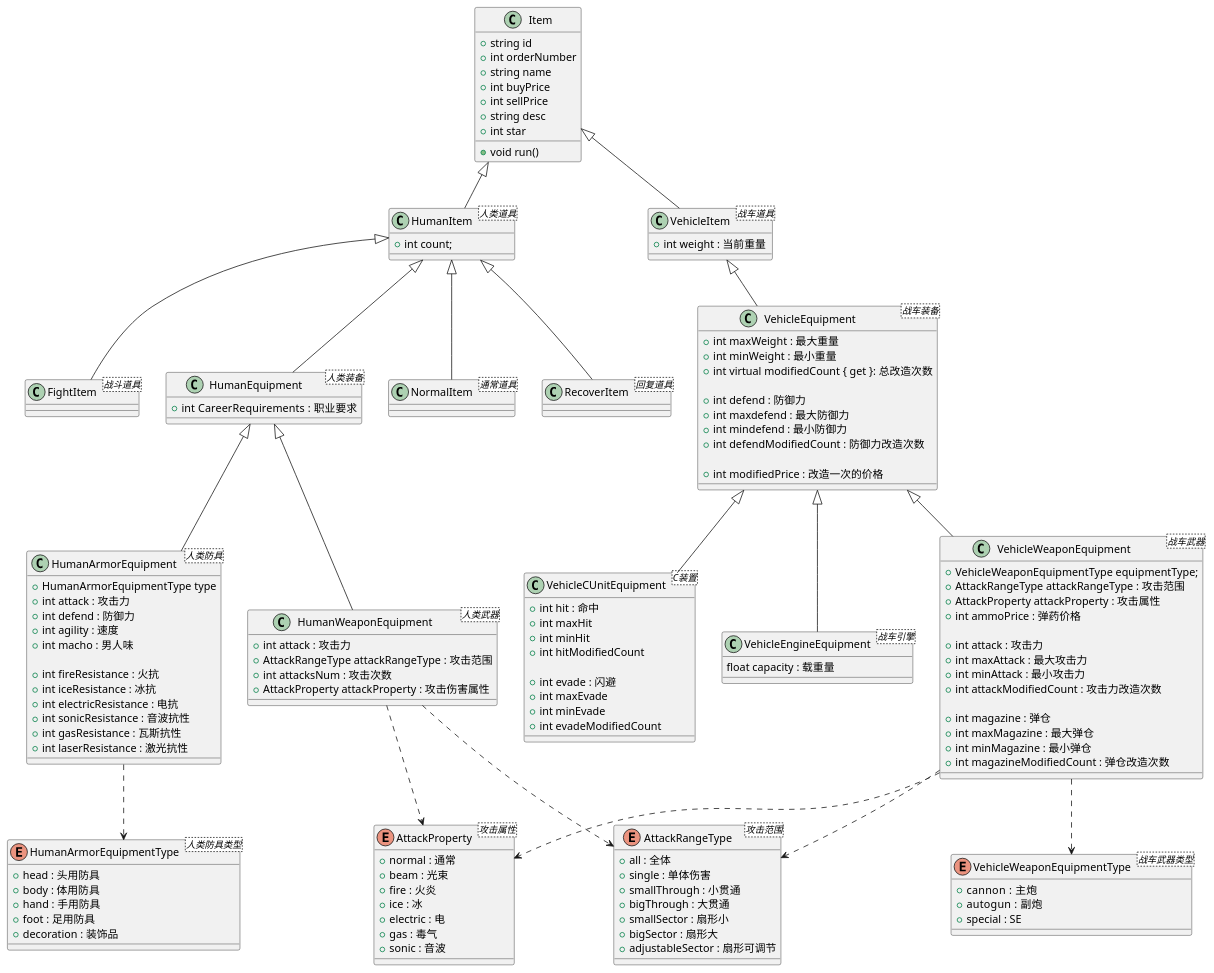
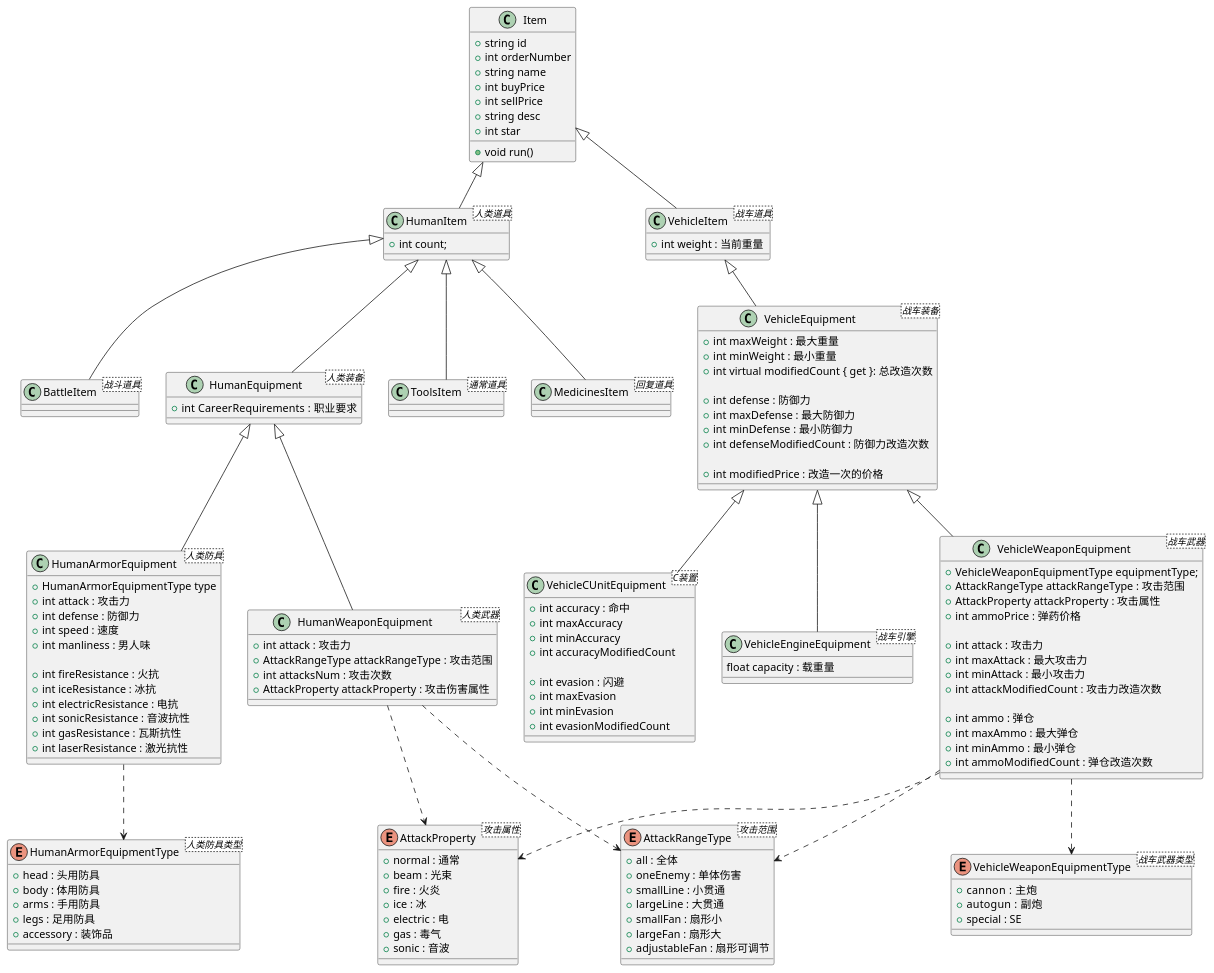
One commit to Finb/MMX changed the diagram in Docs/ClassDiagram/Item.pu. Above: the diagram before and after it, drawn with PlantUML. The commit also changed 18 other files, not shown here.

```diff
--- a/Docs/ClassDiagram/Item.pu
+++ b/Docs/ClassDiagram/Item.pu
@@ -1,171 +1,171 @@
 @startuml Item 
 Item <|-- HumanItem
-HumanItem <|-- NormalItem
-HumanItem <|-- RecoverItem
-HumanItem <|-- FightItem
+HumanItem <|-- ToolsItem
+HumanItem <|-- MedicinesItem
+HumanItem <|-- BattleItem
 HumanItem <|-- HumanEquipment
 HumanEquipment <|-- HumanWeaponEquipment
 HumanWeaponEquipment ..>  AttackProperty
 HumanWeaponEquipment ..>  AttackRangeType
 HumanEquipment <|-- HumanArmorEquipment
 HumanArmorEquipment ..> HumanArmorEquipmentType
 
 Item <|-- VehicleItem
 VehicleItem <|-- VehicleEquipment
 VehicleEquipment <|-- VehicleWeaponEquipment
 VehicleWeaponEquipment ..>  AttackProperty
 VehicleWeaponEquipment ..>  AttackRangeType
 VehicleWeaponEquipment ..> VehicleWeaponEquipmentType
 VehicleEquipment <|-- VehicleCUnitEquipment
 VehicleEquipment <|-- VehicleEngineEquipment
 
 
 class Item 
 {
    + string id
    + int orderNumber
    + string name
    + int buyPrice
    + int sellPrice
    + string desc
    + int star
    + void run()
 }
 
 class HumanItem  <人类道具>
 {
     + int count;
 }
-class NormalItem <通常道具>
+class ToolsItem <通常道具>
 {
     
 }
-class RecoverItem <回复道具>
+class MedicinesItem <回复道具>
 {
 
 }
-class FightItem <战斗道具>
+class BattleItem <战斗道具>
 {
 
 }
 class HumanEquipment <人类装备>
 {
     + int CareerRequirements :  职业要求
 }
 class HumanWeaponEquipment <人类武器>
 {
 
     + int attack : 攻击力
     + AttackRangeType attackRangeType : 攻击范围
     + int attacksNum : 攻击次数
     + AttackProperty attackProperty : 攻击伤害属性
 }
 
 class HumanArmorEquipment <人类防具>
 {
     + HumanArmorEquipmentType type
     + int attack : 攻击力
-    + int defend : 防御力
-    + int agility : 速度
-    + int macho : 男人味
+    + int defense : 防御力
+    + int speed : 速度
+    + int manliness : 男人味
 
     + int fireResistance : 火抗
     + int iceResistance : 冰抗
     + int electricResistance : 电抗
     + int sonicResistance : 音波抗性
     + int gasResistance : 瓦斯抗性
     + int laserResistance : 激光抗性
 }
 
 class VehicleItem <战车道具>
 {
     + int weight : 当前重量
 }
 
 class VehicleEquipment <战车装备>
 {
     + int maxWeight : 最大重量
     + int minWeight : 最小重量
     + int virtual modifiedCount { get }: 总改造次数 
 
-    + int defend : 防御力
-    + int maxdefend : 最大防御力
-    + int mindefend : 最小防御力
-    + int defendModifiedCount : 防御力改造次数
+    + int defense : 防御力
+    + int maxDefense : 最大防御力
+    + int minDefense : 最小防御力
+    + int defenseModifiedCount : 防御力改造次数
 
     + int modifiedPrice : 改造一次的价格
 }
 
 class VehicleWeaponEquipment <战车武器>
 {
     + VehicleWeaponEquipmentType equipmentType;
     + AttackRangeType attackRangeType : 攻击范围
     + AttackProperty attackProperty : 攻击属性
     + int ammoPrice : 弹药价格
 
     + int attack : 攻击力
     + int maxAttack : 最大攻击力
     + int minAttack : 最小攻击力
     + int attackModifiedCount : 攻击力改造次数
 
-    + int magazine : 弹仓
-    + int maxMagazine : 最大弹仓
-    + int minMagazine : 最小弹仓
-    + int magazineModifiedCount : 弹仓改造次数
+    + int ammo : 弹仓
+    + int maxAmmo : 最大弹仓
+    + int minAmmo : 最小弹仓
+    + int ammoModifiedCount : 弹仓改造次数
 }
 
 class VehicleCUnitEquipment <C装置>
 {
     
-    + int hit : 命中
-    + int maxHit
-    + int minHit
-    + int hitModifiedCount
+    + int accuracy : 命中
+    + int maxAccuracy
+    + int minAccuracy
+    + int accuracyModifiedCount
 
-    + int evade : 闪避
-    + int maxEvade
-    + int minEvade
-    + int evadeModifiedCount
+    + int evasion : 闪避
+    + int maxEvasion
+    + int minEvasion
+    + int evasionModifiedCount
 }
 
 class VehicleEngineEquipment <战车引擎>
 {
     float capacity : 载重量
 }
 
 enum HumanArmorEquipmentType <人类防具类型>
 {
     + head : 头用防具
     + body : 体用防具
-    + hand : 手用防具
-    + foot : 足用防具
-    + decoration : 装饰品
+    + arms : 手用防具
+    + legs : 足用防具
+    + accessory : 装饰品
 }
 enum VehicleWeaponEquipmentType <战车武器类型>
 {
     + cannon  : 主炮
     + autogun  : 副炮
     + special : SE
 }
 enum AttackProperty <攻击属性>
 {
     + normal : 通常
     + beam : 光束
     + fire : 火炎
     + ice : 冰
     + electric : 电
     + gas : 毒气
     + sonic : 音波
 }
 enum AttackRangeType <攻击范围>
 {
     + all : 全体  
-    + single : 单体伤害  
-    + smallThrough : 小贯通  
-    + bigThrough : 大贯通  
-    + smallSector : 扇形小  
-    + bigSector : 扇形大  
-    + adjustableSector : 扇形可调节  
+    + oneEnemy : 单体伤害  
+    + smallLine : 小贯通  
+    + largeLine : 大贯通  
+    + smallFan : 扇形小  
+    + largeFan : 扇形大  
+    + adjustableFan : 扇形可调节  
 }
 
 @enduml
```
